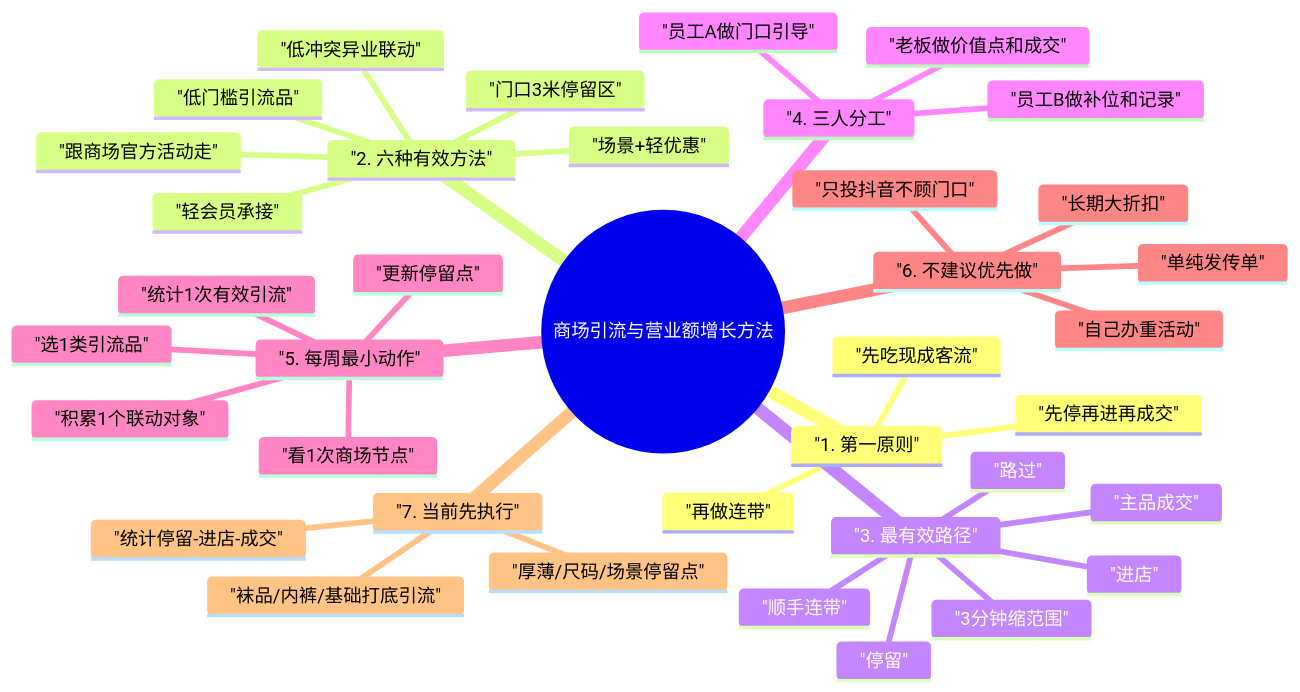
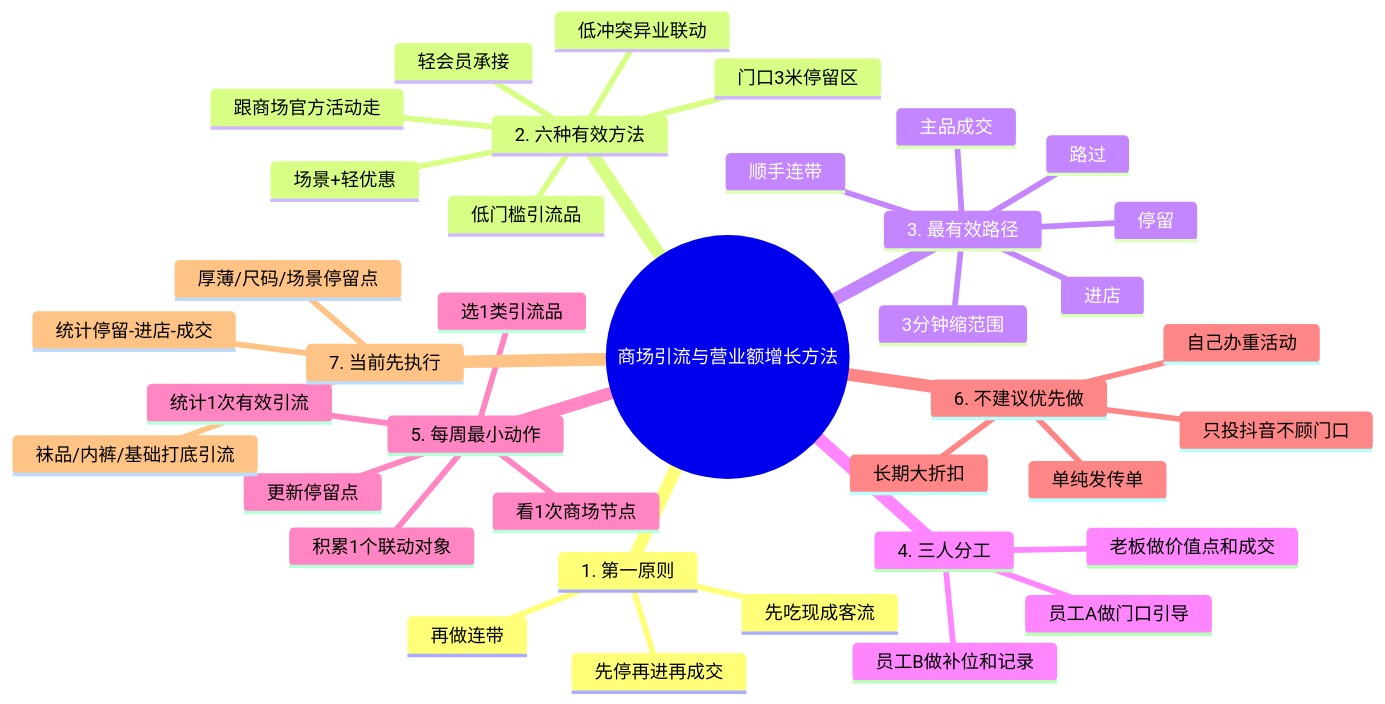
Before and after one commit to lizhihui0215/Black-Tonny: the diagram in mindmaps/14-商场引流与营业额增长方法-mindmap.md, drawn with Mermaid. The commit also changed 29 other files, not shown here.

Commit message:
docs: fix mermaid mindmaps and add xmind exports

````diff
--- a/mindmaps/14-商场引流与营业额增长方法-mindmap.md
+++ b/mindmaps/14-商场引流与营业额增长方法-mindmap.md
@@ -3,41 +3,41 @@
 ```mermaid
 mindmap
-  root(("商场引流与营业额增长方法"))
-    "1. 第一原则"
-      "先吃现成客流"
-      "先停再进再成交"
-      "再做连带"
-    "2. 六种有效方法"
-      "跟商场官方活动走"
-      "门口3米停留区"
-      "低门槛引流品"
-      "低冲突异业联动"
-      "轻会员承接"
-      "场景+轻优惠"
-    "3. 最有效路径"
-      "路过"
-      "停留"
-      "进店"
-      "3分钟缩范围"
-      "主品成交"
-      "顺手连带"
-    "4. 三人分工"
-      "老板做价值点和成交"
-      "员工A做门口引导"
-      "员工B做补位和记录"
-    "5. 每周最小动作"
-      "更新停留点"
-      "选1类引流品"
-      "看1次商场节点"
-      "积累1个联动对象"
-      "统计1次有效引流"
-    "6. 不建议优先做"
-      "长期大折扣"
-      "单纯发传单"
-      "自己办重活动"
-      "只投抖音不顾门口"
-    "7. 当前先执行"
-      "厚薄/尺码/场景停留点"
-      "袜品/内裤/基础打底引流"
-      "统计停留-进店-成交"
+  root((商场引流与营业额增长方法))
+    1. 第一原则
+      先吃现成客流
+      先停再进再成交
+      再做连带
+    2. 六种有效方法
+      跟商场官方活动走
+      门口3米停留区
+      低门槛引流品
+      低冲突异业联动
+      轻会员承接
+      场景+轻优惠
+    3. 最有效路径
+      路过
+      停留
+      进店
+      3分钟缩范围
+      主品成交
+      顺手连带
+    4. 三人分工
+      老板做价值点和成交
+      员工A做门口引导
+      员工B做补位和记录
+    5. 每周最小动作
+      更新停留点
+      选1类引流品
+      看1次商场节点
+      积累1个联动对象
+      统计1次有效引流
+    6. 不建议优先做
+      长期大折扣
+      单纯发传单
+      自己办重活动
+      只投抖音不顾门口
+    7. 当前先执行
+      厚薄/尺码/场景停留点
+      袜品/内裤/基础打底引流
+      统计停留-进店-成交
 ```
````
